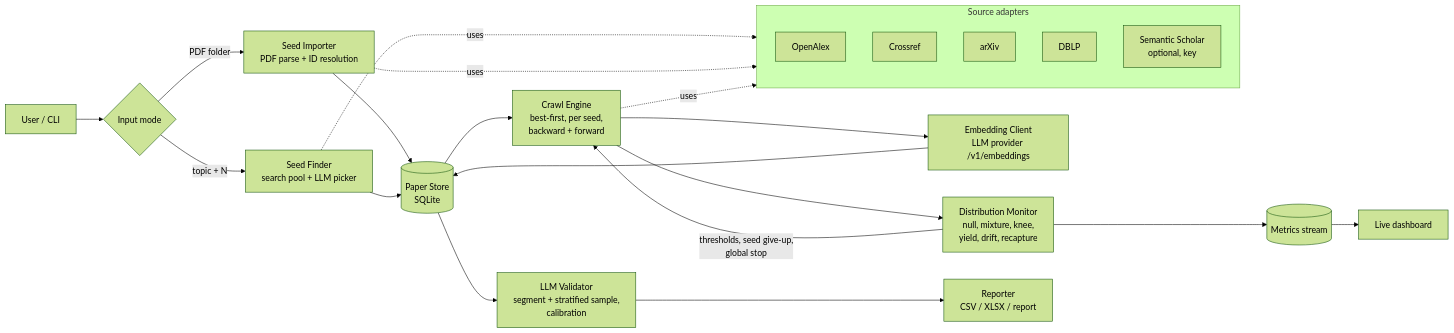
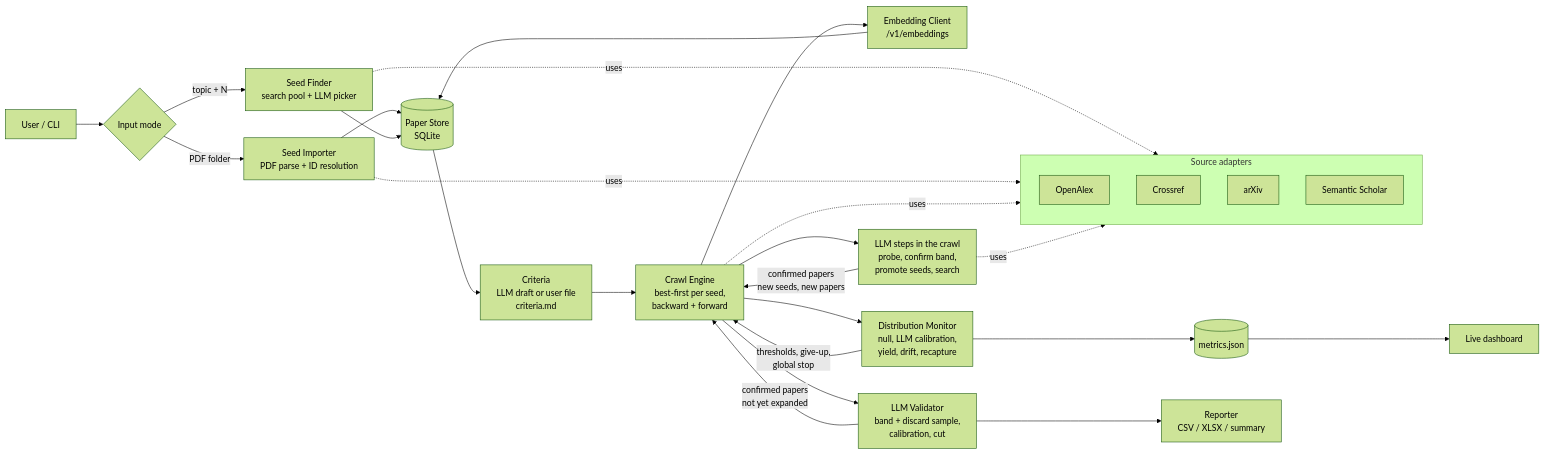
Before and after one commit to soorimess/litscout: the first of 2 diagrams in docs/system-design.md, drawn with Mermaid (forest theme). The commit also changed other lines of this file and 14 other files, not shown here.

````diff
--- a/docs/system-design.md
+++ b/docs/system-design.md
@@ -29,27 +33,31 @@
 ```mermaid
 flowchart LR
     U[User / CLI] --> SR{Input mode}
     SR -->|PDF folder| PI[Seed Importer<br/>PDF parse + ID resolution]
     SR -->|topic + N| SF[Seed Finder<br/>search pool + LLM picker]
     PI --> ST[(Paper Store<br/>SQLite)]
     SF --> ST
+    ST --> CR[Criteria<br/>LLM draft or user file<br/>criteria.md]
     SF -.uses.-> SA
     PI -.uses.-> SA
     subgraph SA[Source adapters]
         OA[OpenAlex]
-        CR[Crossref]
+        CRX[Crossref]
         AX[arXiv]
-        DB[DBLP]
-        S2[Semantic Scholar<br/>optional, key]
+        S2[Semantic Scholar]
     end
-    ST --> CE[Crawl Engine<br/>best-first, per seed,<br/>backward + forward]
+    CR --> CE[Crawl Engine<br/>best-first per seed,<br/>backward + forward]
     CE -.uses.-> SA
-    CE --> EC[Embedding Client<br/>LLM provider /v1/embeddings]
+    CE --> EC[Embedding Client<br/>/v1/embeddings]
     EC --> ST
-    CE --> DM[Distribution Monitor<br/>null, mixture, knee,<br/>yield, drift, recapture]
-    DM -->|thresholds, seed give-up,<br/>global stop| CE
-    DM --> MS[(Metrics stream)]
+    CE --> DM[Distribution Monitor<br/>null, LLM calibration,<br/>yield, drift, recapture]
+    DM -->|thresholds, give-up,<br/>global stop| CE
+    CE --> LJ[LLM steps in the crawl<br/>probe, confirm band,<br/>promote seeds, search]
+    LJ -->|confirmed papers<br/>new seeds, new papers| CE
+    LJ -.uses.-> SA
+    DM --> MS[(metrics.json)]
     MS --> DS[Live dashboard]
-    ST --> VA[LLM Validator<br/>segment + stratified sample,<br/>calibration]
-    VA --> RP[Reporter<br/>CSV / XLSX / report]
+    CE --> VA[LLM Validator<br/>band + discard sample,<br/>calibration, cut]
+    VA -->|confirmed papers<br/>not yet expanded| CE
+    VA --> RP[Reporter<br/>CSV / XLSX / summary]
 ```
````
